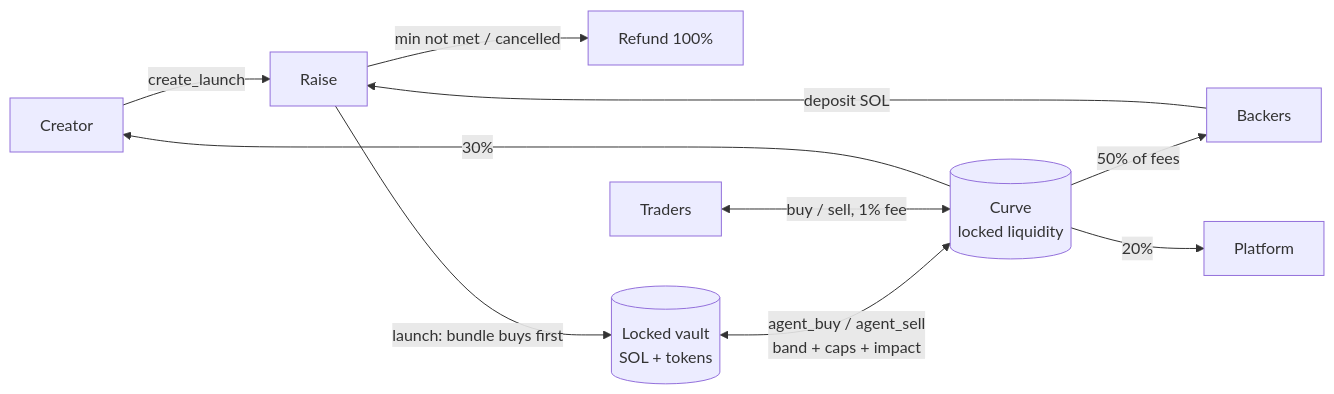
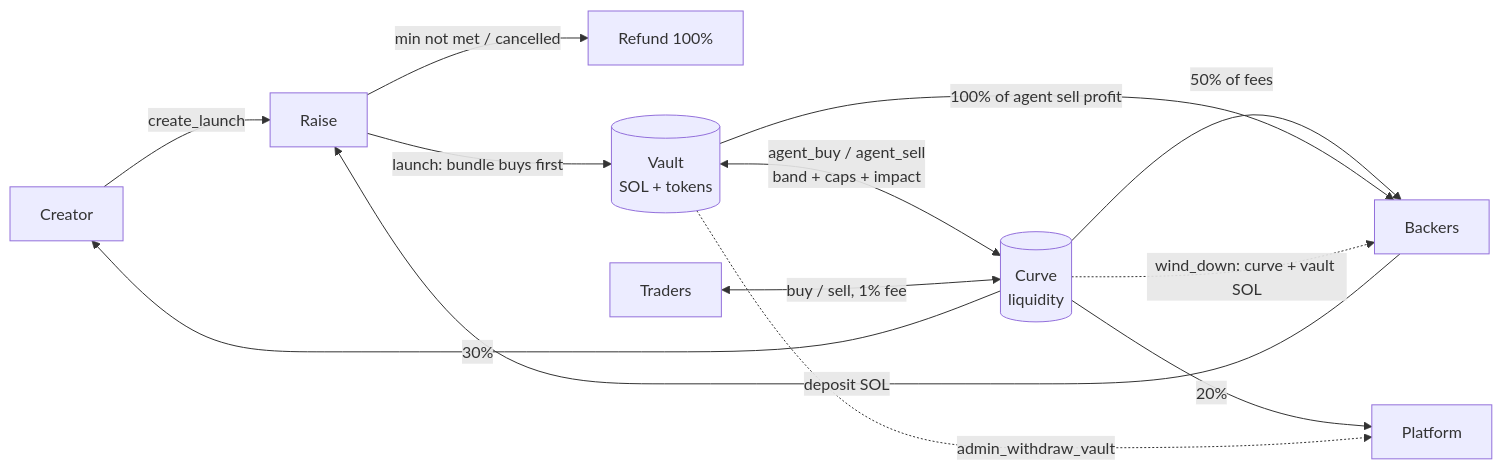
Before and after one commit to realdoomsman/moshsol: the diagram in README.md, drawn with Mermaid. The commit also changed other lines of this file and 137 other files, not shown here.

First line of the commit message:
Backer payouts, wind-down, admin vault withdrawals, Google sign-in wallets, Squads upgrades

````diff
--- a/README.md
+++ b/README.md
@@ -8,12 +10,15 @@
 ```mermaid
 flowchart LR
   C[Creator] -->|create_launch| R[Raise]
   B[Backers] -->|deposit SOL| R
   R -->|min not met / cancelled| RF[Refund 100%]
-  R -->|launch: bundle buys first| V[(Locked vault<br/>SOL + tokens)]
-  V <-->|agent_buy / agent_sell<br/>band + caps + impact| CU[(Curve<br/>locked liquidity)]
+  R -->|launch: bundle buys first| V[(Vault<br/>SOL + tokens)]
+  V <-->|agent_buy / agent_sell<br/>band + caps + impact| CU[(Curve<br/>liquidity)]
   T[Traders] <-->|buy / sell, 1% fee| CU
   CU -->|50% of fees| B
   CU -->|30%| C
   CU -->|20%| P[Platform]
+  V -->|100% of agent sell profit| B
+  V -.->|admin_withdraw_vault| P
+  CU -.->|wind_down: curve + vault SOL| B
 ```
````
